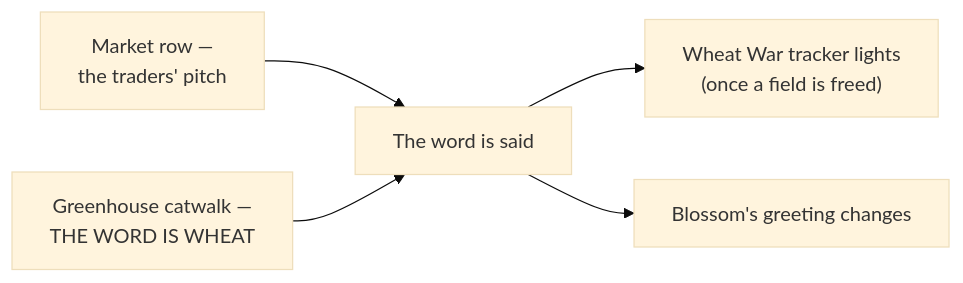
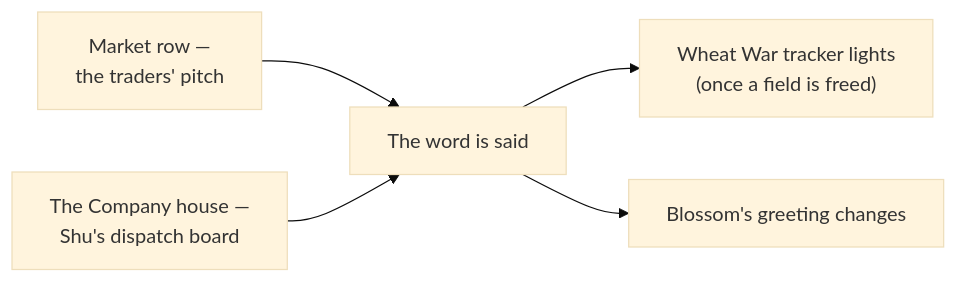
The diagram in wiki/Quests-Hua-Zhan-City.md (The-Company-Inc-Nerds/the-cobblemon-initiative), drawn with Mermaid (base theme) before and after one commit. The commit also changed other lines of this file and 26 other files, not shown here.

````diff
--- a/wiki/Quests-Hua-Zhan-City.md
+++ b/wiki/Quests-Hua-Zhan-City.md
@@ -185,7 +175,7 @@
 ```mermaid
 flowchart LR
     T["Market row —<br/>the traders' pitch"] --> W["The word is said"]
-    C["Greenhouse catwalk —<br/>THE WORD IS WHEAT"] --> W
+    C["The Company house —<br/>Shu's dispatch board"] --> W
     W --> HUD["Wheat War tracker lights<br/>(once a field is freed)"]
     W --> BL["Blossom's greeting changes"]
 ```
````
